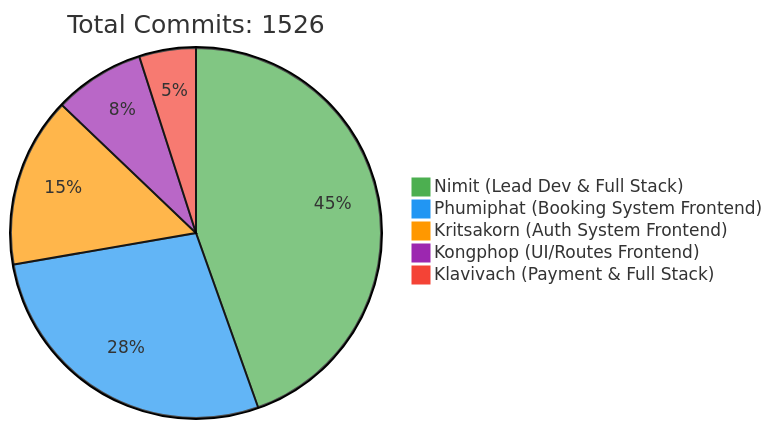
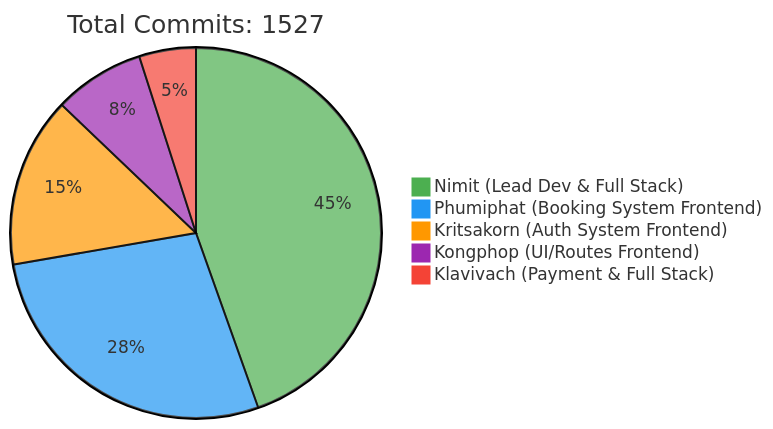
The first of 2 diagrams in README.md (6531503042/Sport-Complex), drawn with Mermaid before and after one commit. The commit also changed other lines of this file, not shown here.

Commit message:
docs: Update contributor statistics [skip ci]

````diff
--- a/README.md
+++ b/README.md
@@ -257,10 +257,10 @@
 ```mermaid
 %%{init: {'theme': 'base', 'themeVariables': { 'pie1': '#4CAF50', 'pie2': '#2196F3', 'pie3': '#FF9800', 'pie4': '#9C27B0', 'pie5': '#F44336'}}}%%
 pie
-    title Total Commits: 1526
+    title Total Commits: 1527
     "Nimit (Lead Dev & Full Stack)" : 450
     "Phumiphat (Booking System Frontend)" : 280
     "Kritsakorn (Auth System Frontend)" : 150
     "Kongphop (UI/Routes Frontend)" : 80
     "Klavivach (Payment & Full Stack)" : 50
 ```
````
